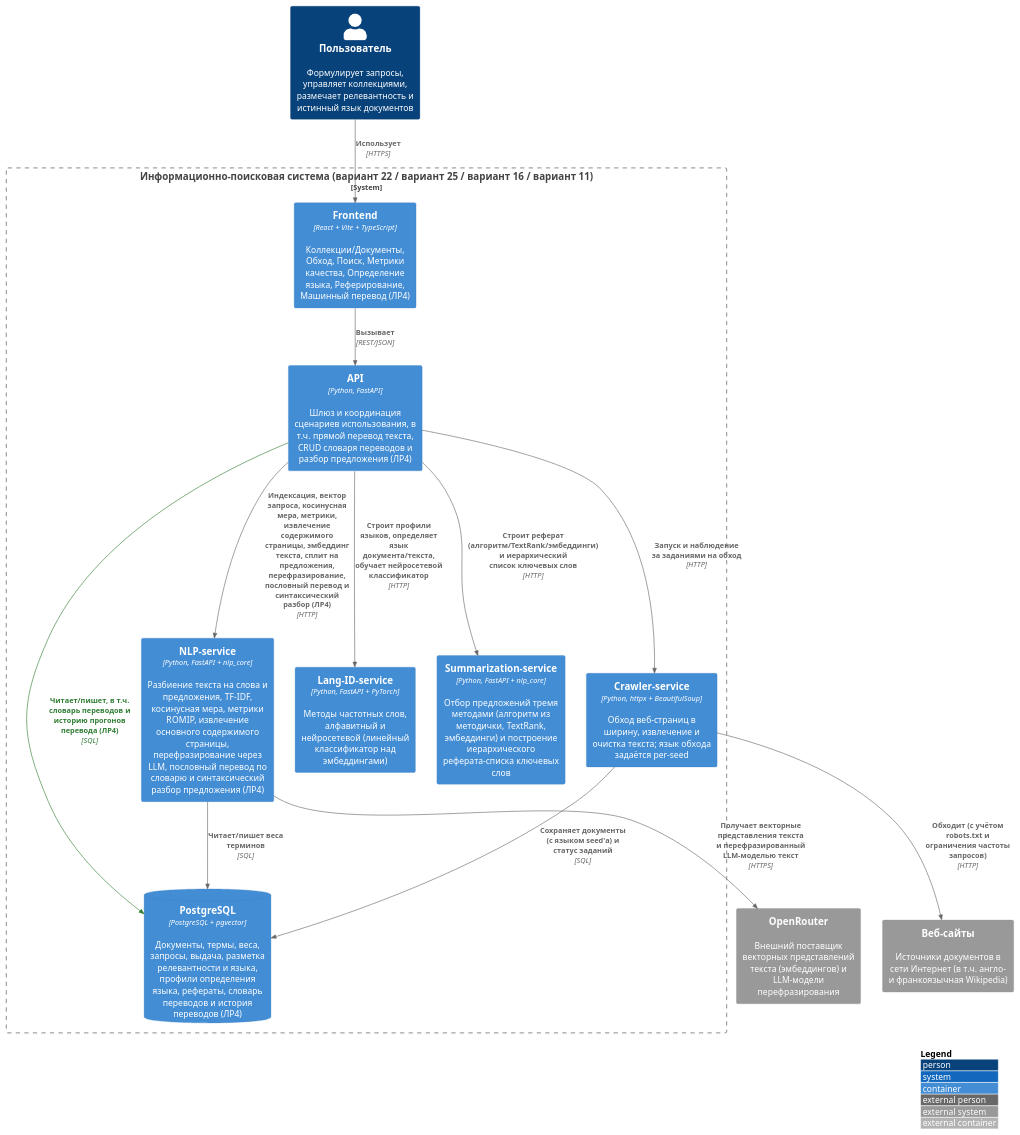
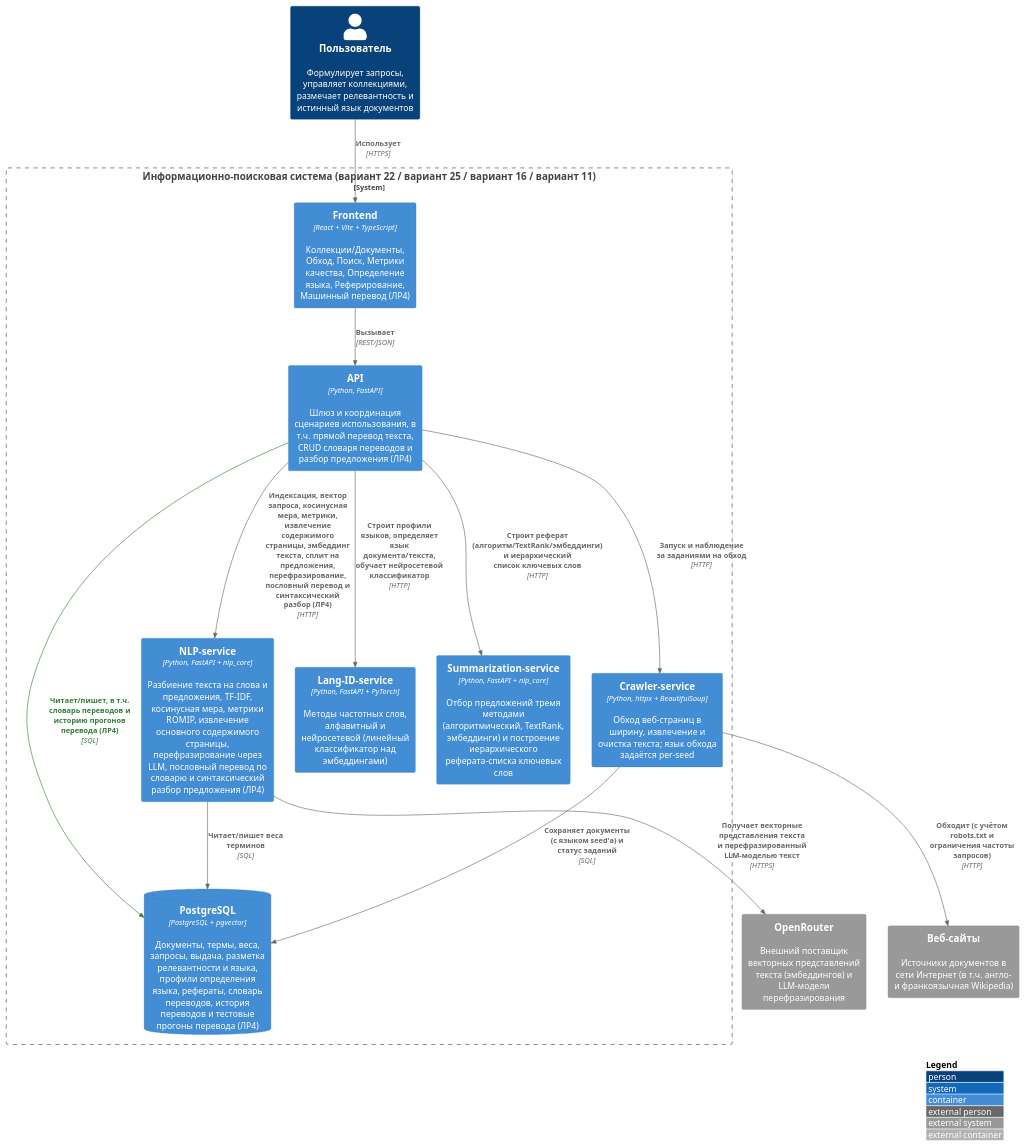
Before and after one commit to slavikovics/LanguageProcessing: the diagram in reports/lr4/lab/diagrams/src/architecture-c4.puml, drawn with PlantUML. The commit also changed 11 other files, not shown here.

```diff
--- a/reports/lr4/lab/diagrams/src/architecture-c4.puml
+++ b/reports/lr4/lab/diagrams/src/architecture-c4.puml
@@ -1,51 +1,51 @@
 @startuml architecture-c4
 !include ../stdlib/C4_Container.puml
 
 ' =====================================================================
 '  C4-диаграмма контейнеров. Общая для всех лабораторных работ курса --
 '  при добавлении новой лабораторной работы просто дописывайте новый
 '  Container(...) внутрь System_Boundary (или новый System_Ext(...) для
 '  внешних источников/API) и связи Rel(...), не создавая отдельную
 '  диаграмму. Компоненты и связи, добавленные в ЛР4 (машинный перевод
 '  текстов), помечены тегом "new" -- зелёная заливка -- и вынесены
 '  отдельным пунктом в легенде. В отличие от ЛР2/ЛР3, для перевода не
 '  понадобился отдельный микросервис: словарь -- это просто ещё одна
 '  таблица БД, к которой уже умеет обращаться api, а сам перевод и
 '  синтаксический разбор -- новые чистые (без состояния) операции над
 '  spaCy, естественно ложащиеся в nlp-service рядом с токенизацией.
 ' =====================================================================
 
 LAYOUT_WITH_LEGEND()
 LAYOUT_TOP_DOWN()
 
 AddElementTag("new", $bgColor="#2e7d32", $fontColor="#ffffff", $borderColor="#1b5e20", $legendText="добавлено в ЛР4")
 AddRelTag("new", $textColor="#2e7d32", $lineColor="#2e7d32", $legendText="добавлено в ЛР4")
 
 Person(user, "Пользователь", "Формулирует запросы, управляет коллекциями, размечает релевантность и истинный язык документов")
 
 System_Boundary(system, "Информационно-поисковая система (вариант 22 / вариант 25 / вариант 16 / вариант 11)") {
   Container(frontend, "Frontend", "React + Vite + TypeScript", "Коллекции/Документы, Обход, Поиск, Метрики качества, Определение языка, Реферирование, Машинный перевод (ЛР4)")
   Container(api, "API", "Python, FastAPI", "Шлюз и координация сценариев использования, в т.ч. прямой перевод текста, CRUD словаря переводов и разбор предложения (ЛР4)")
   Container(nlp, "NLP-service", "Python, FastAPI + nlp_core", "Разбиение текста на слова и предложения, TF-IDF, косинусная мера, метрики ROMIP, извлечение основного содержимого страницы, перефразирование через LLM, пословный перевод по словарю и синтаксический разбор предложения (ЛР4)")
   Container(crawler, "Crawler-service", "Python, httpx + BeautifulSoup", "Обход веб-страниц в ширину, извлечение и очистка текста; язык обхода задаётся per-seed")
   Container(langid, "Lang-ID-service", "Python, FastAPI + PyTorch", "Методы частотных слов, алфавитный и нейросетевой (линейный классификатор над эмбеддингами)")
-  Container(summarization, "Summarization-service", "Python, FastAPI + nlp_core", "Отбор предложений тремя методами (алгоритм из методички, TextRank, эмбеддинги) и построение иерархического реферата-списка ключевых слов")
-  ContainerDb(db, "PostgreSQL", "PostgreSQL + pgvector", "Документы, термы, веса, запросы, выдача, разметка релевантности и языка, профили определения языка, рефераты, словарь переводов и история переводов (ЛР4)")
+  Container(summarization, "Summarization-service", "Python, FastAPI + nlp_core", "Отбор предложений тремя методами (алгоритмический, TextRank, эмбеддинги) и построение иерархического реферата-списка ключевых слов")
+  ContainerDb(db, "PostgreSQL", "PostgreSQL + pgvector", "Документы, термы, веса, запросы, выдача, разметка релевантности и языка, профили определения языка, рефераты, словарь переводов, история переводов и тестовые прогоны перевода (ЛР4)")
 }
 
 System_Ext(web, "Веб-сайты", "Источники документов в сети Интернет (в т.ч. англо- и франкоязычная Wikipedia)")
 System_Ext(openrouter, "OpenRouter", "Внешний поставщик векторных представлений текста (эмбеддингов) и LLM-модели перефразирования")
 
 Rel(user, frontend, "Использует", "HTTPS")
 Rel(frontend, api, "Вызывает", "REST/JSON")
 Rel(api, nlp, "Индексация, вектор запроса, косинусная мера, метрики, извлечение содержимого страницы, эмбеддинг текста, сплит на предложения, перефразирование, пословный перевод и синтаксический разбор (ЛР4)", "HTTP")
 Rel(api, crawler, "Запуск и наблюдение за заданиями на обход", "HTTP")
 Rel(api, db, "Читает/пишет, в т.ч. словарь переводов и историю прогонов перевода (ЛР4)", "SQL", $tags="new")
 Rel(nlp, db, "Читает/пишет веса терминов", "SQL")
 Rel(nlp, openrouter, "Получает векторные представления текста и перефразированный LLM-моделью текст", "HTTPS")
 Rel(crawler, db, "Сохраняет документы (с языком seed'а) и статус заданий", "SQL")
 Rel(crawler, web, "Обходит (с учётом robots.txt и ограничения частоты запросов)", "HTTP")
 Rel(api, langid, "Строит профили языков, определяет язык документа/текста, обучает нейросетевой классификатор", "HTTP")
 Rel(api, summarization, "Строит реферат (алгоритм/TextRank/эмбеддинги) и иерархический список ключевых слов", "HTTP")
 
 @enduml
```
